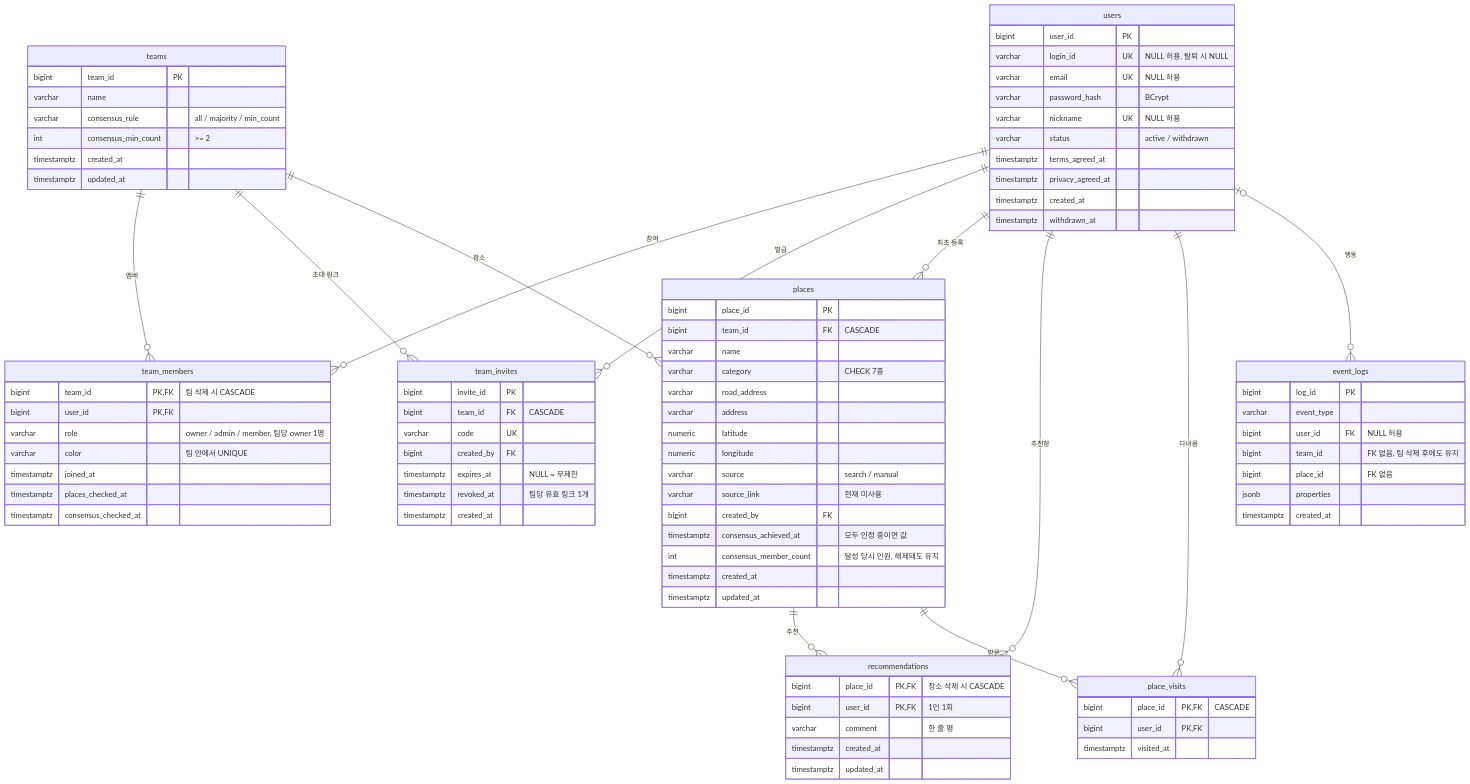
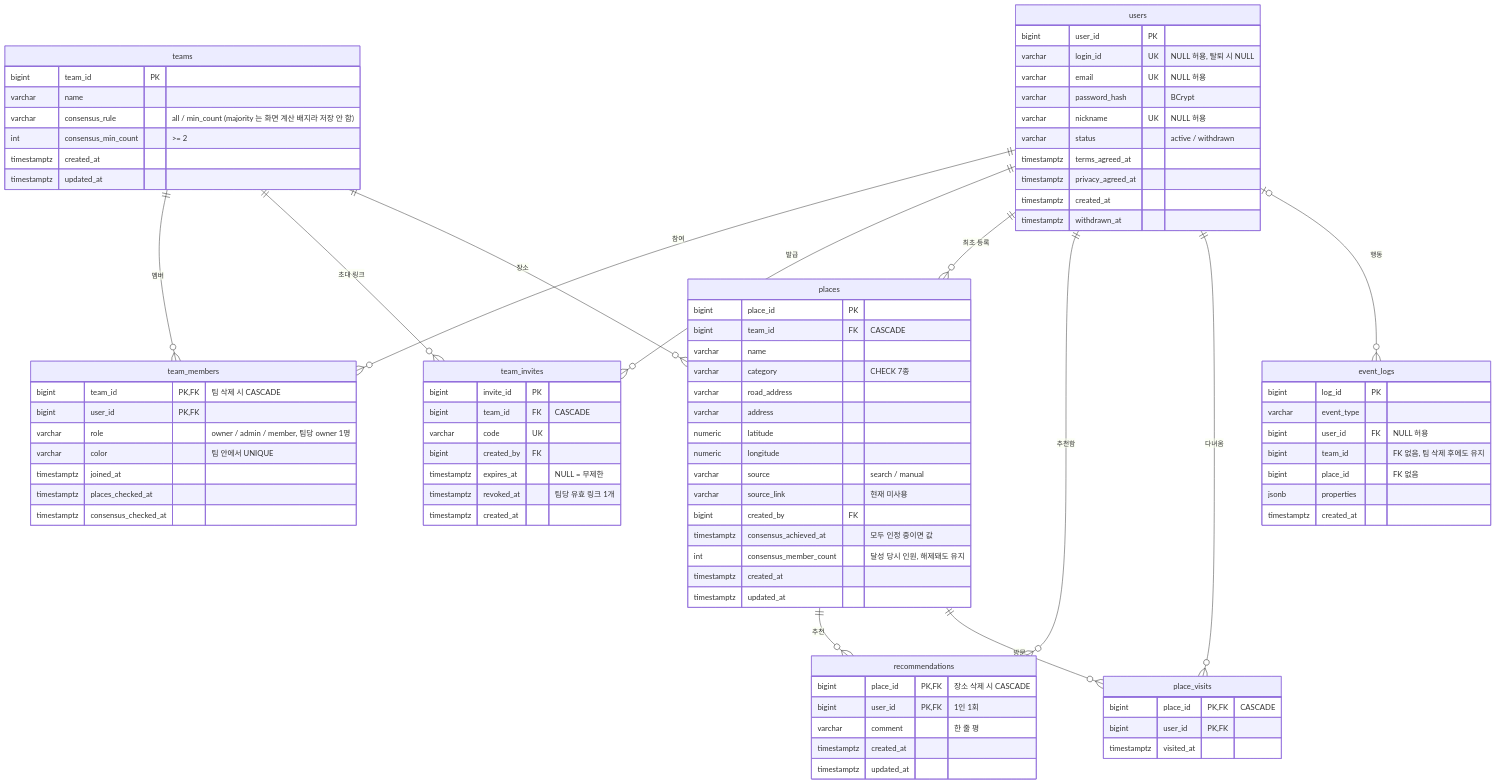
Before and after one commit to taeyoung087007-wq/PinMate: the first of 2 diagrams in docs/erd.md, drawn with Mermaid. The commit also changed 15 other files, not shown here.

```diff
--- a/docs/erd.md
+++ b/docs/erd.md
@@ -34,7 +34,7 @@
     teams {
         bigint team_id PK
         varchar name
-        varchar consensus_rule "all / majority / min_count"
+        varchar consensus_rule "all / min_count (majority 는 화면 계산 배지라 저장 안 함)"
         int consensus_min_count ">= 2"
         timestamptz created_at
         timestamptz updated_at
```
